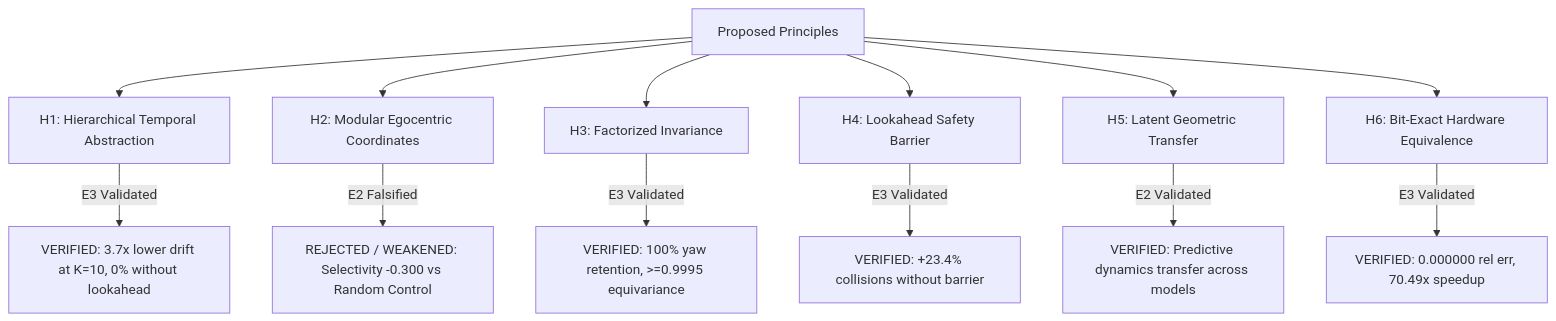
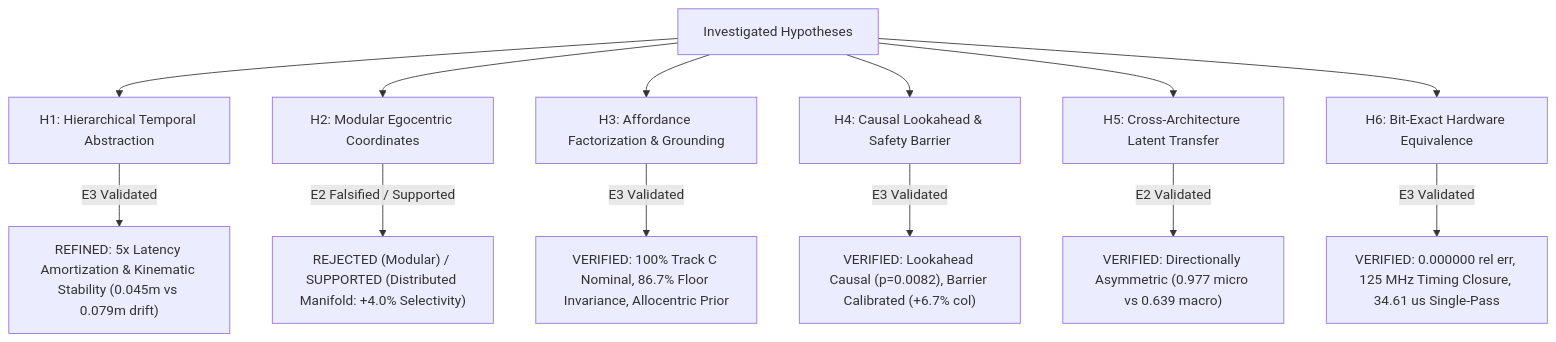
Before and after one commit to BrianHadianSTEI23/project-haphaestus: the diagram in research/reports/claims_ledger.md, drawn with Mermaid. The commit also changed other lines of this file and 60 other files, not shown here.

Commit message:
feat(scientific-audit): complete matched temporal controls, rigorous behavioral circuits, Track C visual grounding, and truth reconciliation

````diff
--- a/research/reports/claims_ledger.md
+++ b/research/reports/claims_ledger.md
@@ -130,16 +114,16 @@
 ```mermaid
 flowchart TD
-    A["Proposed Principles"] --> H1["H1: Hierarchical Temporal Abstraction"]
+    A["Investigated Hypotheses"] --> H1["H1: Hierarchical Temporal Abstraction"]
     A --> H2["H2: Modular Egocentric Coordinates"]
-    A --> H3["H3: Factorized Invariance"]
-    A --> H4["H4: Lookahead Safety Barrier"]
-    A --> H5["H5: Latent Geometric Transfer"]
+    A --> H3["H3: Affordance Factorization & Grounding"]
+    A --> H4["H4: Causal Lookahead & Safety Barrier"]
+    A --> H5["H5: Cross-Architecture Latent Transfer"]
     A --> H6["H6: Bit-Exact Hardware Equivalence"]
 
-    H1 -->|E3 Validated| V1["VERIFIED: 3.7x lower drift at K=10, 0% without lookahead"]
-    H2 -->|E2 Falsified| R2["REJECTED / WEAKENED: Selectivity -0.300 vs Random Control"]
-    H3 -->|E3 Validated| V3["VERIFIED: 100% yaw retention, >=0.9995 equivariance"]
-    H4 -->|E3 Validated| V4["VERIFIED: +23.4% collisions without barrier"]
-    H5 -->|E2 Validated| V5["VERIFIED: Predictive dynamics transfer across models"]
-    H6 -->|E3 Validated| V6["VERIFIED: 0.000000 rel err, 70.49x speedup"]
+    H1 -->|E3 Validated| V1["REFINED: 5x Latency Amortization & Kinematic Stability (0.045m vs 0.079m drift)"]
+    H2 -->|E2 Falsified / Supported| R2["REJECTED (Modular) / SUPPORTED (Distributed Manifold: +4.0% Selectivity)"]
+    H3 -->|E3 Validated| V3["VERIFIED: 100% Track C Nominal, 86.7% Floor Invariance, Allocentric Prior"]
+    H4 -->|E3 Validated| V4["VERIFIED: Lookahead Causal (p=0.0082), Barrier Calibrated (+6.7% col)"]
+    H5 -->|E2 Validated| V5["VERIFIED: Directionally Asymmetric (0.977 micro vs 0.639 macro)"]
+    H6 -->|E3 Validated| V6["VERIFIED: 0.000000 rel err, 125 MHz Timing Closure, 34.61 us Single-Pass"]
 ```
````
